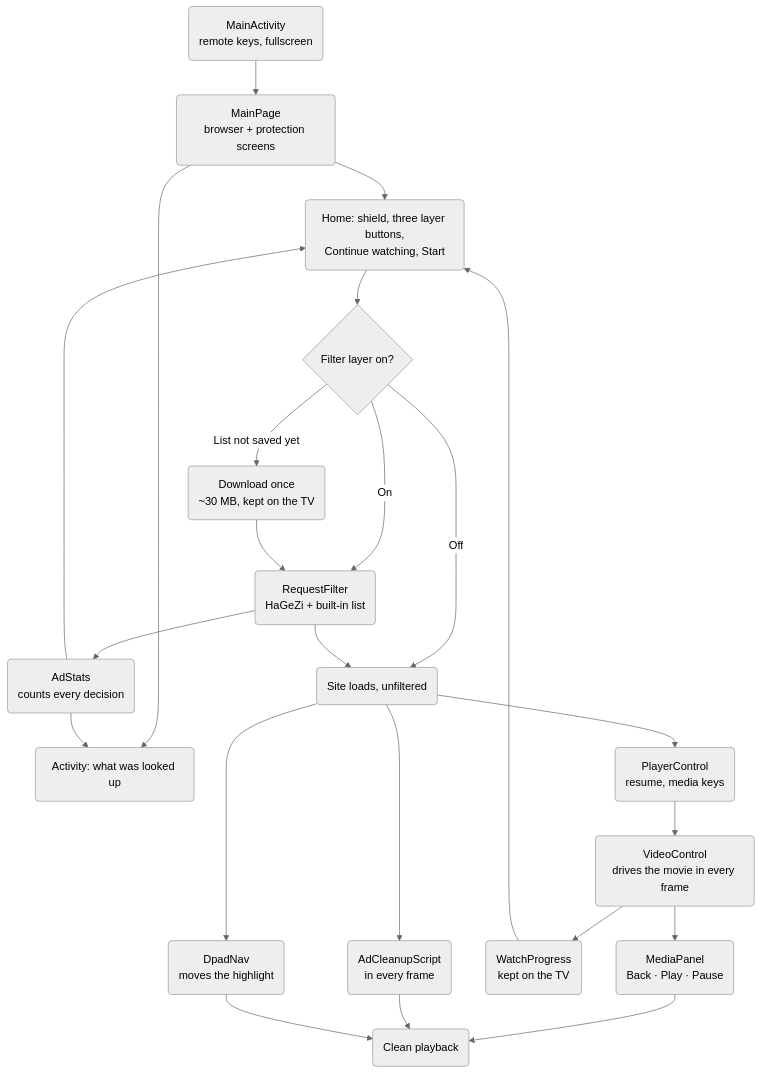
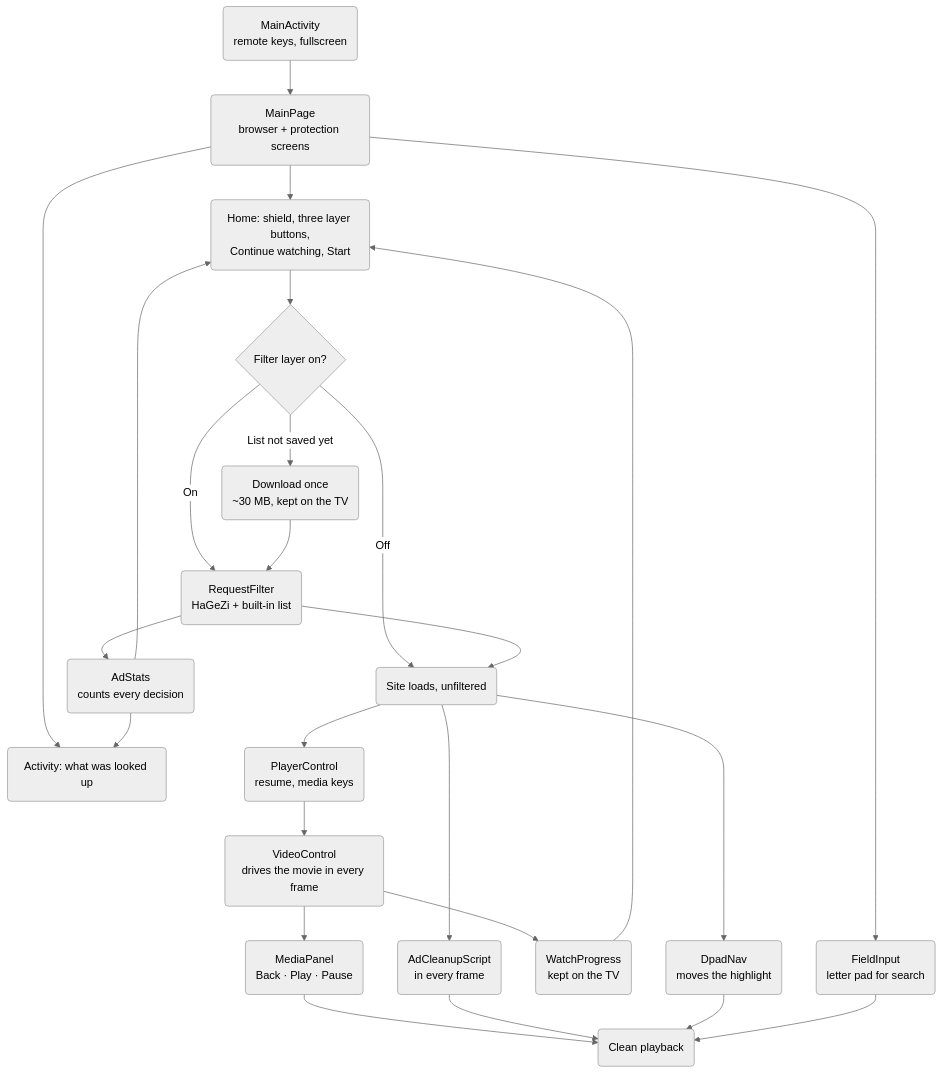
The diagram in README.md (User07x07/Un0Tv), drawn with Mermaid (neutral theme) before and after one commit. The commit also changed other lines of this file and 11 other files, not shown here.

````diff
--- a/README.md
+++ b/README.md
@@ -59,25 +59,27 @@
 ```mermaid
 flowchart TD
     A("MainActivity<br/>remote keys, fullscreen") --> B("MainPage<br/>browser + protection screens")
     B --> H("Home: shield, three layer buttons,<br/>Continue watching, Start")
     B --> L("Activity: what was looked up")
     H --> C{"Filter layer on?"}
     C -->|"Off"| E("Site loads, unfiltered")
     C -->|"On"| F("RequestFilter<br/>HaGeZi + built-in list")
     C -->|"List not saved yet"| D("Download once<br/>~30 MB, kept on the TV")
     D --> F
     F --> S("AdStats<br/>counts every decision")
     S --> H
     S --> L
     F --> E
     E --> G("AdCleanupScript<br/>in every frame")
     E --> N("DpadNav<br/>moves the highlight")
     E --> P("PlayerControl<br/>resume, media keys")
     P --> V("VideoControl<br/>drives the movie in every frame")
     V --> Q("WatchProgress<br/>kept on the TV")
     Q --> H
-    V --> N2("MediaPanel<br/>Back · Play · Pause")
-    N2 --> I
+    V --> M("MediaPanel<br/>Back · Play · Pause")
+    M --> I
     G --> I("Clean playback")
     N --> I
+    B --> K("FieldInput<br/>letter pad for search")
+    K --> I
 ```
````
